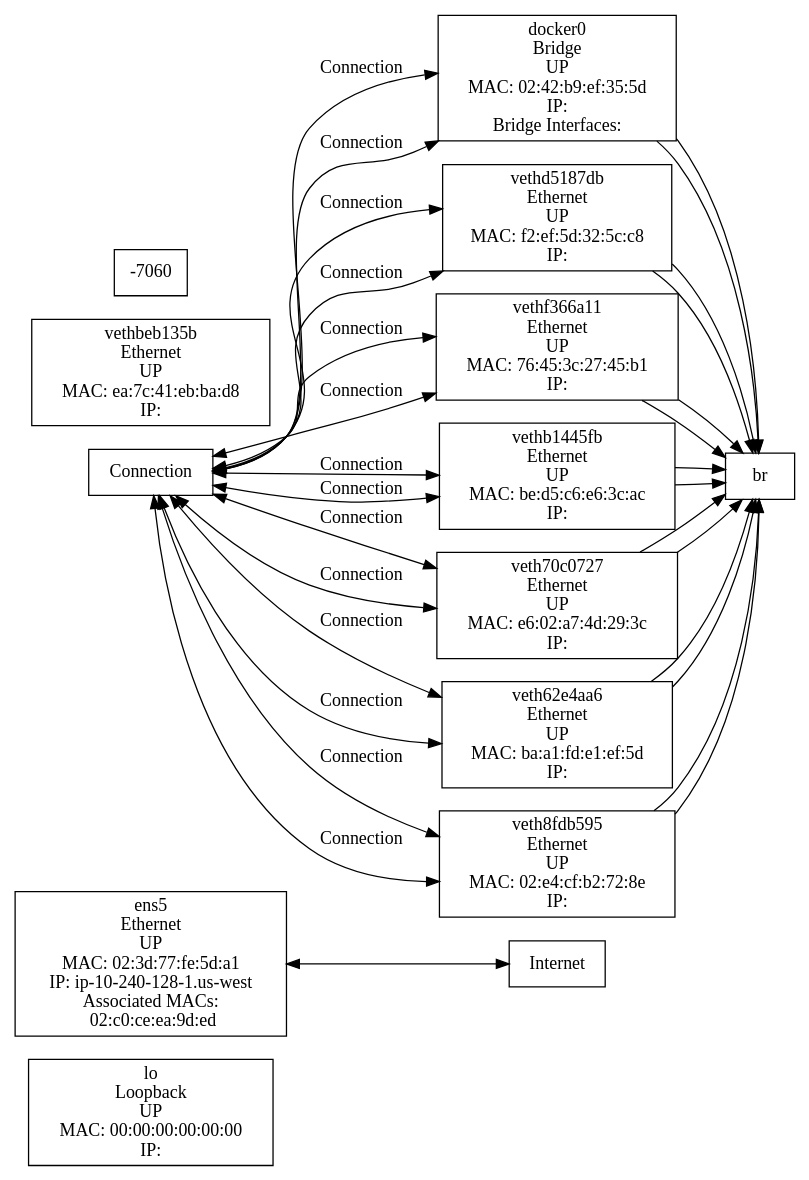
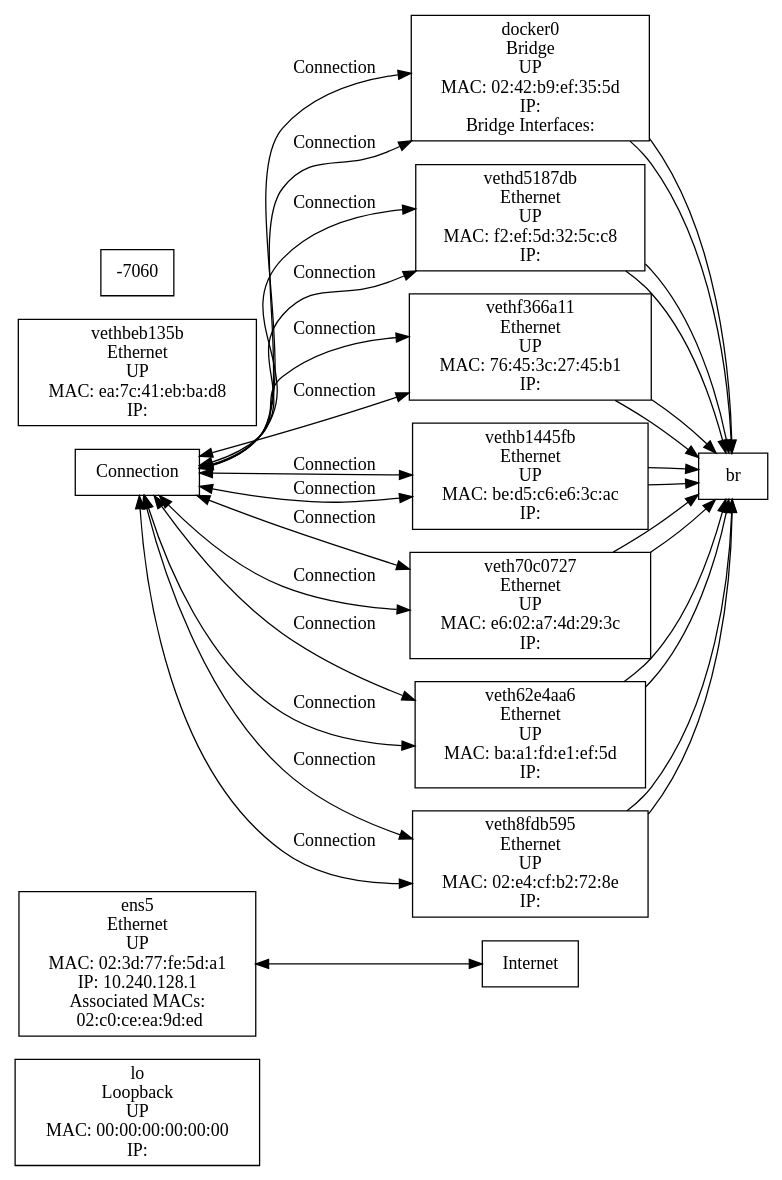
The diagram in network_topology.dot (ohhmm/_), drawn with Graphviz before and after one commit. The commit also changed 2 other files, not shown here.

```diff
--- a/network_topology.dot
+++ b/network_topology.dot
@@ -1,50 +1,50 @@
 digraph network_topology {
     rankdir=LR;
     node [shape=box];
 
     lo [label="lo\nLoopback\nUP\nMAC: 00:00:00:00:00:00\nIP: "];
-    ens5 [label="ens5\nEthernet\nUP\nMAC: 02:3d:77:fe:5d:a1\nIP: ip-10-240-128-1.us-west\nAssociated MACs:\n  02:c0:ce:ea:9d:ed"];
+    ens5 [label="ens5\nEthernet\nUP\nMAC: 02:3d:77:fe:5d:a1\nIP: 10.240.128.1\nAssociated MACs:\n  02:c0:ce:ea:9d:ed"];
     docker0 [label="docker0\nBridge\nUP\nMAC: 02:42:b9:ef:35:5d\nIP: \nBridge Interfaces:"];
     vethbeb135b [label="vethbeb135b\nEthernet\nUP\nMAC: ea:7c:41:eb:ba:d8\nIP: "];
     vethd5187db [label="vethd5187db\nEthernet\nUP\nMAC: f2:ef:5d:32:5c:c8\nIP: "];
     br-7060b668b2aa [label="br-7060b668b2aa\nBridge\nUP\nMAC: 02:42:d0:16:f9:30\nIP: \nBridge Interfaces:\n  veth62e4aa6\n  veth70c0727\n  veth8fdb595\n  vethb1445fb\n  vethf366a11\n  docker0\n  vethd5187db"];
     vethf366a11 [label="vethf366a11\nEthernet\nUP\nMAC: 76:45:3c:27:45:b1\nIP: "];
     vethb1445fb [label="vethb1445fb\nEthernet\nUP\nMAC: be:d5:c6:e6:3c:ac\nIP: "];
     veth70c0727 [label="veth70c0727\nEthernet\nUP\nMAC: e6:02:a7:4d:29:3c\nIP: "];
     veth62e4aa6 [label="veth62e4aa6\nEthernet\nUP\nMAC: ba:a1:fd:e1:ef:5d\nIP: "];
     veth8fdb595 [label="veth8fdb595\nEthernet\nUP\nMAC: 02:e4:cf:b2:72:8e\nIP: "];
 
     // Connections
     docker0 -> br-7060b668b2aa [dir=both, label="Connection"];
     docker0 -> br-7060b668b2aa [dir=both, label="Connection"];
     vethd5187db -> br-7060b668b2aa [dir=both, label="Connection"];
     vethd5187db -> br-7060b668b2aa [dir=both, label="Connection"];
     br-7060b668b2aa -> veth62e4aa6 [dir=both, label="Connection"];
     br-7060b668b2aa -> veth70c0727 [dir=both, label="Connection"];
     br-7060b668b2aa -> veth8fdb595 [dir=both, label="Connection"];
     br-7060b668b2aa -> vethb1445fb [dir=both, label="Connection"];
     br-7060b668b2aa -> vethf366a11 [dir=both, label="Connection"];
     br-7060b668b2aa -> docker0 [dir=both, label="Connection"];
     br-7060b668b2aa -> vethd5187db [dir=both, label="Connection"];
     br-7060b668b2aa -> veth62e4aa6 [dir=both, label="Connection"];
     br-7060b668b2aa -> veth70c0727 [dir=both, label="Connection"];
     br-7060b668b2aa -> veth8fdb595 [dir=both, label="Connection"];
     br-7060b668b2aa -> vethb1445fb [dir=both, label="Connection"];
     br-7060b668b2aa -> vethf366a11 [dir=both, label="Connection"];
     br-7060b668b2aa -> docker0 [dir=both, label="Connection"];
     br-7060b668b2aa -> vethd5187db [dir=both, label="Connection"];
     vethf366a11 -> br-7060b668b2aa [dir=both, label="Connection"];
     vethf366a11 -> br-7060b668b2aa [dir=both, label="Connection"];
     vethb1445fb -> br-7060b668b2aa [dir=both, label="Connection"];
     vethb1445fb -> br-7060b668b2aa [dir=both, label="Connection"];
     veth70c0727 -> br-7060b668b2aa [dir=both, label="Connection"];
     veth70c0727 -> br-7060b668b2aa [dir=both, label="Connection"];
     veth62e4aa6 -> br-7060b668b2aa [dir=both, label="Connection"];
     veth62e4aa6 -> br-7060b668b2aa [dir=both, label="Connection"];
     veth8fdb595 -> br-7060b668b2aa [dir=both, label="Connection"];
     veth8fdb595 -> br-7060b668b2aa [dir=both, label="Connection"];
 
     // External network connection
     internet [shape=cloud, label="Internet"];
     ens5 -> internet [dir=both];
 }
```
